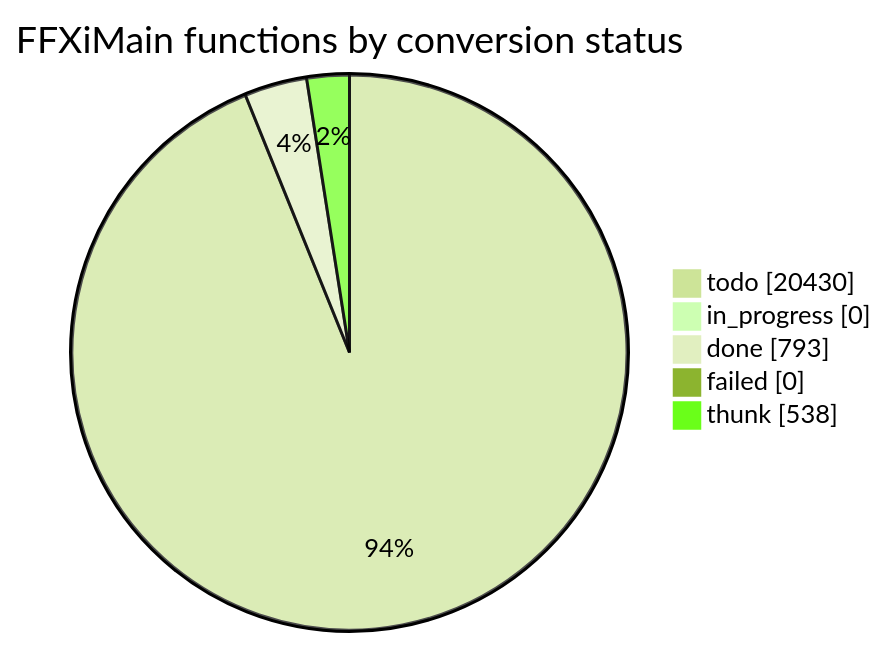
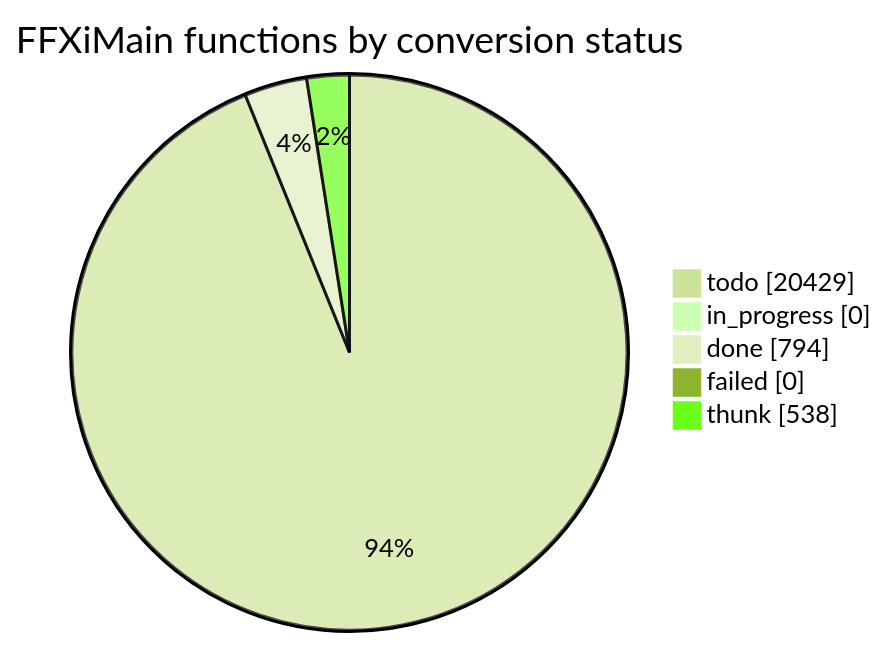
The diagram in docs/cow/STATUS.md (cowrevenge/cow_kuluu_xi_anything), drawn with Mermaid (forest theme) before and after one commit. The commit also changed other lines of this file and 9 other files, not shown here.

````diff
--- a/docs/cow/STATUS.md
+++ b/docs/cow/STATUS.md
@@ -18,9 +18,9 @@
 ```mermaid
 pie showData
     title FFXiMain functions by conversion status
-    "todo" : 20430
+    "todo" : 20429
     "in_progress" : 0
-    "done" : 793
+    "done" : 794
     "failed" : 0
     "thunk" : 538
 ```
````
